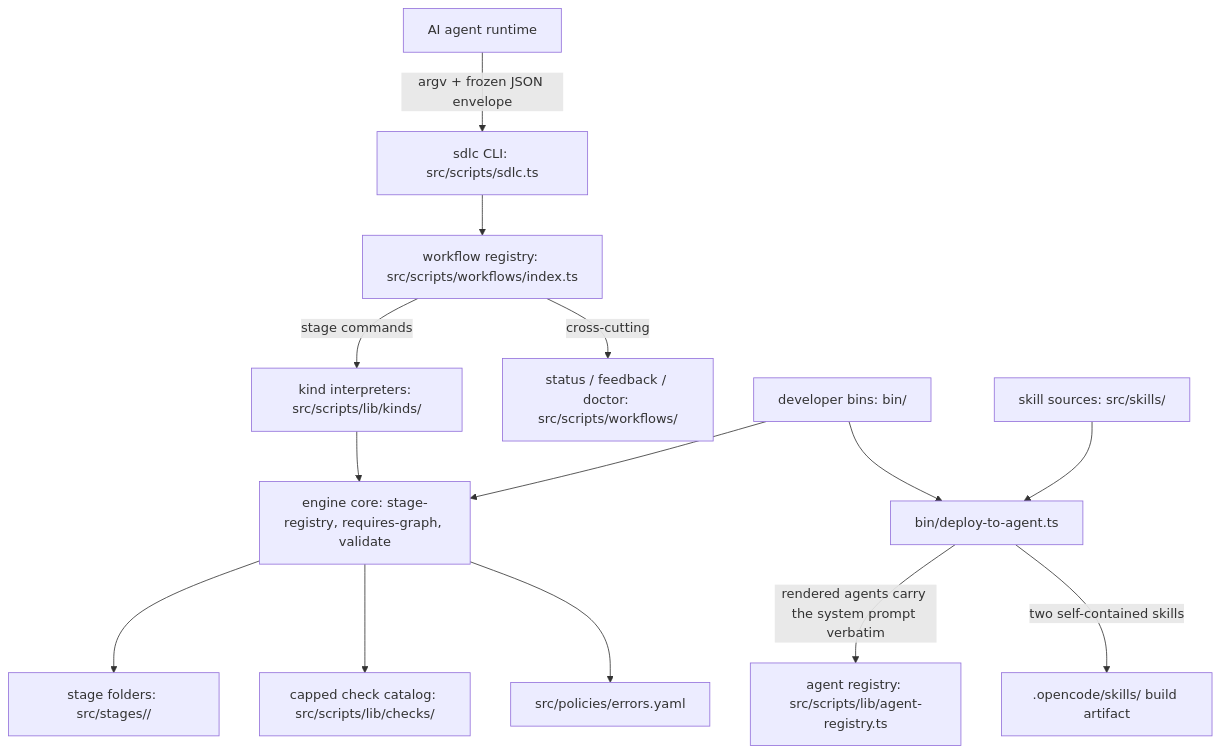
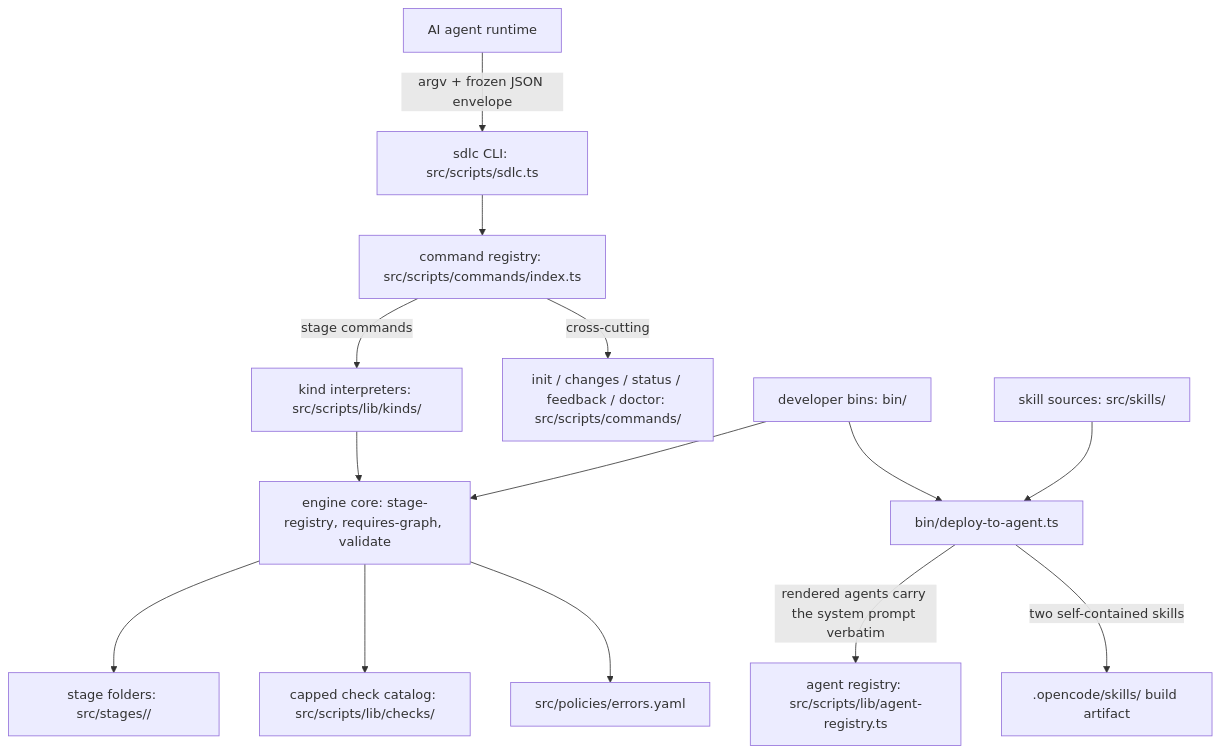
One commit to metagres/agentic changed the diagram in docs/current/architecture.md. Above: the diagram before and after it, drawn with Mermaid. The commit also changed other lines of this file and 58 other files, not shown here.

````diff
--- a/docs/current/architecture.md
+++ b/docs/current/architecture.md
@@ -18,16 +18,16 @@
 ```mermaid
 graph TD
   AGENT[AI agent runtime] -->|argv + frozen JSON envelope| CLI[sdlc CLI: src/scripts/sdlc.ts]
-  CLI --> REG[workflow registry: src/scripts/workflows/index.ts]
+  CLI --> REG[command registry: src/scripts/commands/index.ts]
   REG -->|stage commands| KINDS[kind interpreters: src/scripts/lib/kinds/]
-  REG -->|cross-cutting| XW[status / feedback / doctor: src/scripts/workflows/]
+  REG -->|cross-cutting| XW[init / changes / status / feedback / doctor: src/scripts/commands/]
   KINDS --> ENGINE[engine core: stage-registry, requires-graph, validate]
   ENGINE --> STAGES[stage folders: src/stages/<id>/]
   ENGINE --> CHECKS[capped check catalog: src/scripts/lib/checks/]
   ENGINE --> POLICIES[src/policies/errors.yaml]
   BIN[developer bins: bin/] --> ENGINE
   BIN --> DEPLOY[bin/deploy-to-agent.ts]
   SKILLSRC[skill sources: src/skills/] --> DEPLOY
   DEPLOY -->|rendered agents carry the system prompt verbatim| AGREG[agent registry: src/scripts/lib/agent-registry.ts]
   DEPLOY -->|two self-contained skills| RUNTIME[.opencode/skills/ build artifact]
 ```
````
